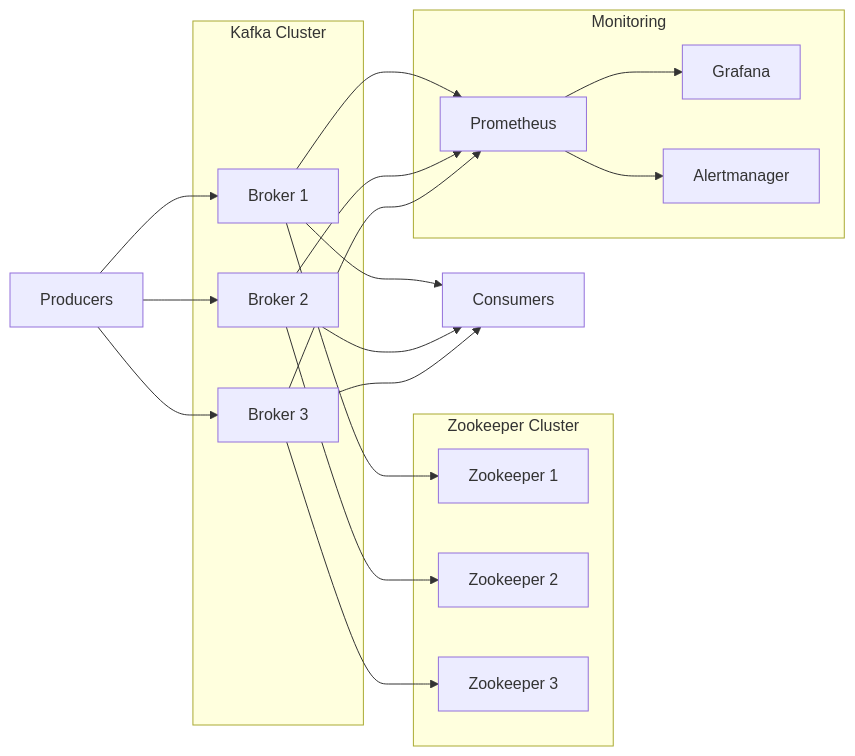
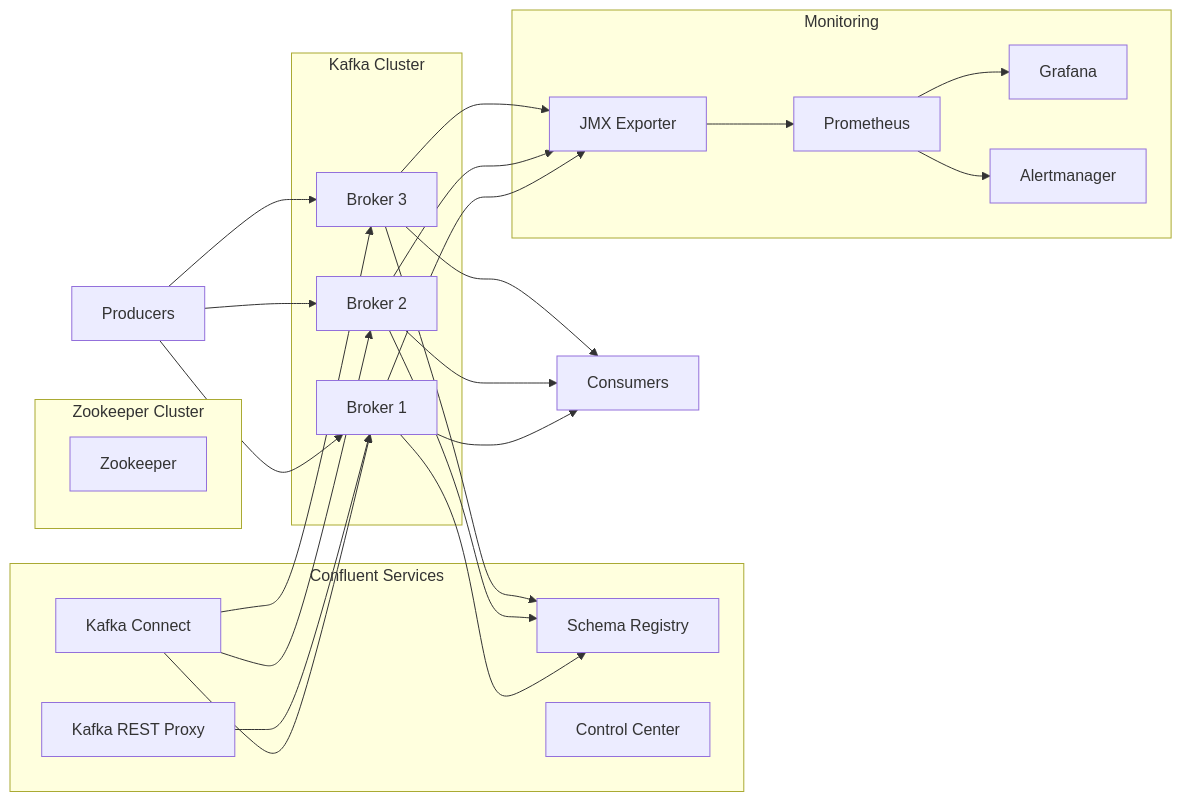
Before and after one commit to hisi91/KAFKA-LABS: the diagram in README.md, drawn with Mermaid. The commit also changed other lines of this file, not shown here.

````diff
--- a/README.md
+++ b/README.md
@@ -25,39 +93,52 @@
 ```mermaid
 flowchart LR
     subgraph Zookeeper Cluster
-        Z1[Zookeeper 1]
-        Z2[Zookeeper 2]
-        Z3[Zookeeper 3]
+        Z1[Zookeeper]
     end
 
     subgraph Kafka Cluster
         B1[Broker 1]
         B2[Broker 2]
         B3[Broker 3]
     end
 
+    subgraph Confluent Services
+        SR[Schema Registry]
+        KC[Kafka Connect]
+        REST[Kafka REST Proxy]
+        C3[Control Center]
+    end
+
     subgraph Monitoring
+        JMX[JMX Exporter]
         P[Prometheus]
         G[Grafana]
         A[Alertmanager]
     end
 
     Producers --> B1
     Producers --> B2
     Producers --> B3
 
     B1 --> Consumers
     B2 --> Consumers
     B3 --> Consumers
 
-    B1 --> Z1
-    B2 --> Z2
-    B3 --> Z3
+    B1 --> SR
+    B2 --> SR
+    B3 --> SR
 
-    B1 --> P
-    B2 --> P
-    B3 --> P
+    KC --> B1
+    KC --> B2
+    KC --> B3
 
+    REST --> B1
+
+    B1 --> JMX
+    B2 --> JMX
+    B3 --> JMX
+
+    JMX --> P
     P --> G
     P --> A
 ```
````
